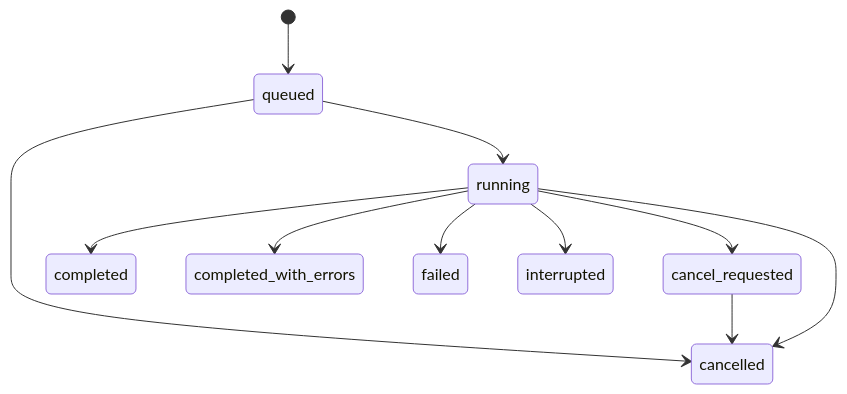
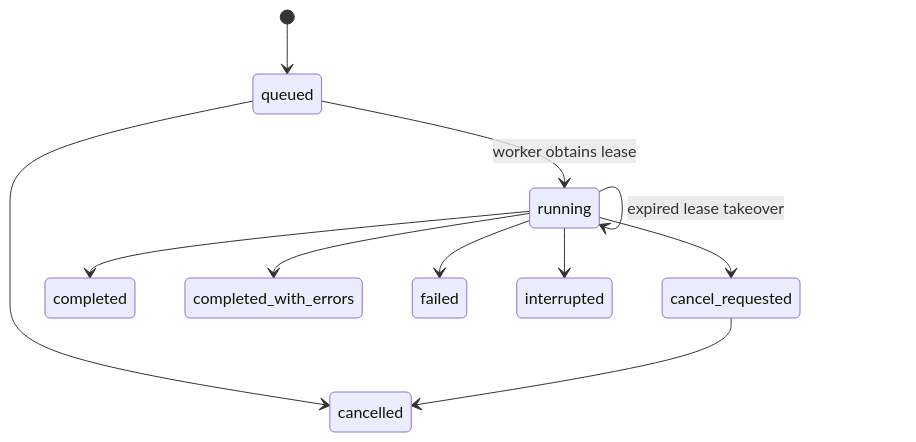
One commit to ownasquare/evalforge changed the second of 2 diagrams in docs/architecture.md. Above: the diagram before and after it, drawn with Mermaid. The commit also changed other lines of this file and 97 other files, not shown here.

````diff
--- a/docs/architecture.md
+++ b/docs/architecture.md
@@ -54,13 +77,13 @@
 ```mermaid
 stateDiagram-v2
     [*] --> queued
-    queued --> running
+    queued --> running: worker obtains lease
     queued --> cancelled
     running --> cancel_requested
     cancel_requested --> cancelled
     running --> completed
     running --> completed_with_errors
     running --> failed
-    running --> cancelled
     running --> interrupted
+    running --> running: expired lease takeover
 ```
````
